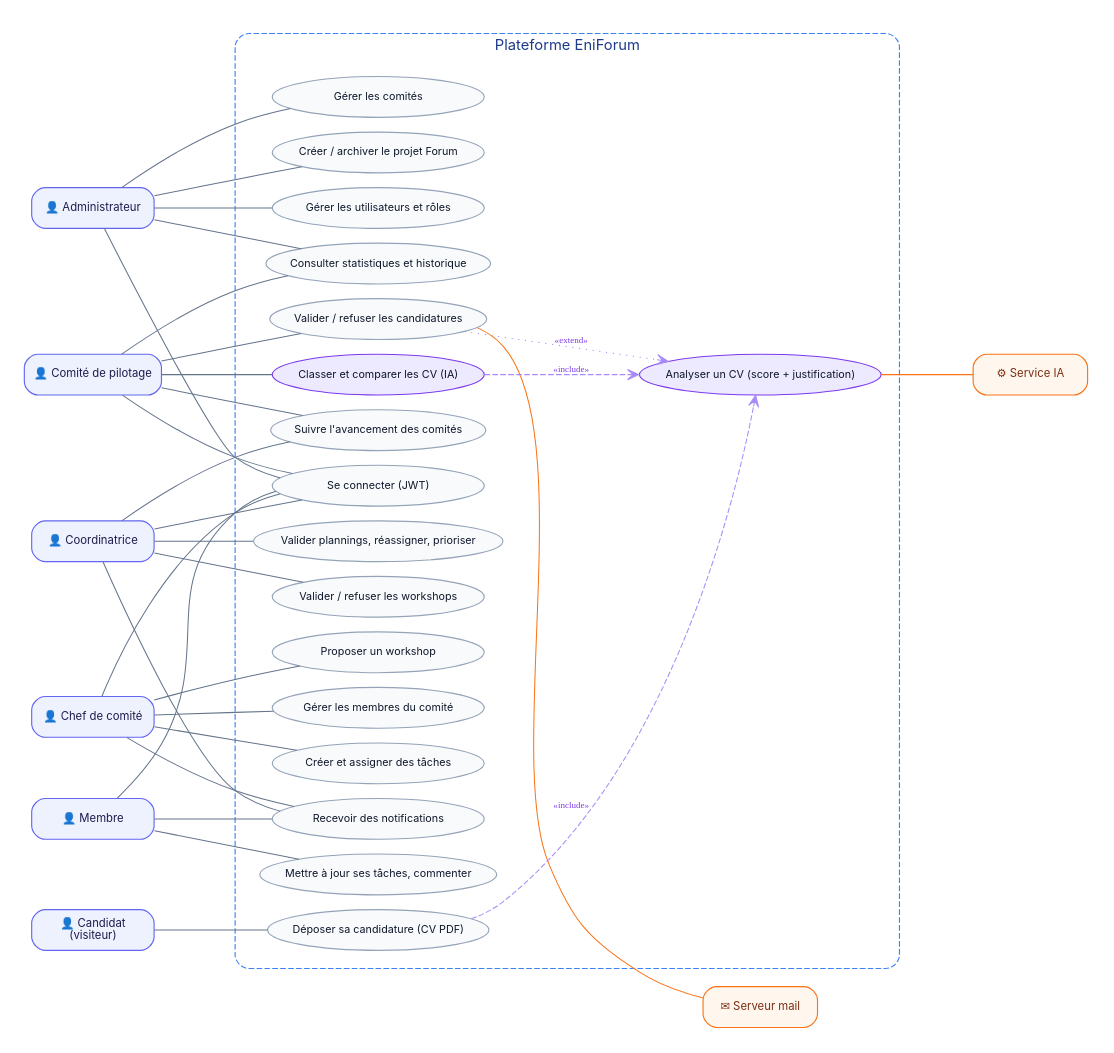
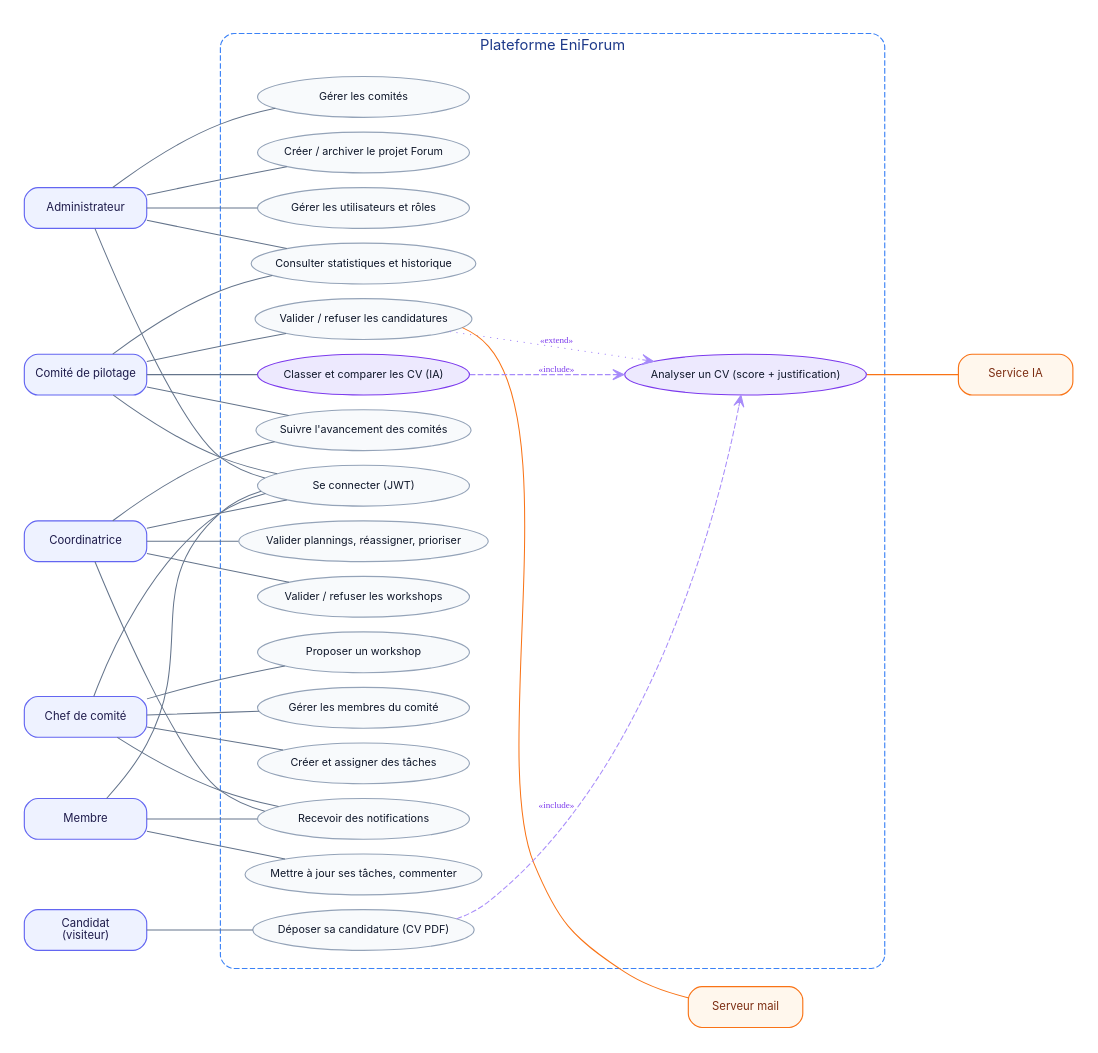
One commit to fatmaBouajla/eniforum changed the diagram in docs/diagrammes/sources/usecase.dot. Above: the diagram before and after it, drawn with Graphviz. The commit also changed 10 other files, not shown here.

```diff
--- a/docs/diagrammes/sources/usecase.dot
+++ b/docs/diagrammes/sources/usecase.dot
@@ -1,48 +1,48 @@
 digraph UC {
 graph [rankdir=LR, fontname="Inter", nodesep=0.18, ranksep=1.1, pad=0.2, newrank=true];
 node [fontname="Inter", fontsize=10];
 edge [color="#64748B", arrowhead=none, penwidth=0.9];
 
 node [shape=box, style="rounded,filled", fillcolor="#EEF2FF", color="#6366F1", fontcolor="#1E1B4B", width=1.5];
-Admin [label="👤 Administrateur"]; Pilotage [label="👤 Comité de pilotage"]; Coord [label="👤 Coordinatrice"];
-Chef [label="👤 Chef de comité"]; Membre [label="👤 Membre"]; Candidat [label="👤 Candidat\n(visiteur)"];
+Admin [label="Administrateur"]; Pilotage [label="Comité de pilotage"]; Coord [label="Coordinatrice"];
+Chef [label="Chef de comité"]; Membre [label="Membre"]; Candidat [label="Candidat\n(visiteur)"];
 
 subgraph cluster_sys {
   label="Plateforme EniForum"; fontsize=13; fontcolor="#1E3A8A"; style="rounded,dashed"; color="#3B82F6"; margin=16;
   node [shape=ellipse, style=filled, fillcolor="#F8FAFC", color="#94A3B8", fontcolor="#0F172A", width=2.6, fontsize=9.5];
   login [label="Se connecter (JWT)"];
   projet [label="Créer / archiver le projet Forum"];
   users [label="Gérer les utilisateurs et rôles"];
   comites [label="Gérer les comités"];
   stats [label="Consulter statistiques et historique"];
   suivi [label="Suivre l'avancement des comités"];
   cvs [label="Valider / refuser les candidatures"];
   ia [label="Classer et comparer les CV (IA)", fillcolor="#EDE9FE", color="#7C3AED"];
   analyse [label="Analyser un CV (score + justification)", fillcolor="#EDE9FE", color="#7C3AED"];
   planning [label="Valider plannings, réassigner, prioriser"];
   workshops [label="Valider / refuser les workshops"];
   proposer [label="Proposer un workshop"];
   membres [label="Gérer les membres du comité"];
   taches [label="Créer et assigner des tâches"];
   mesTaches [label="Mettre à jour ses tâches, commenter"];
   notifs [label="Recevoir des notifications"];
   depot [label="Déposer sa candidature (CV PDF)"];
 }
 
 node [shape=box, style="rounded,filled", fillcolor="#FFF7ED", color="#F97316", fontcolor="#7C2D12", width=1.4];
-IA [label="⚙ Service IA"]; Mail [label="✉ Serveur mail"];
+IA [label="Service IA"]; Mail [label="Serveur mail"];
 
 Admin -> {login projet users comites stats};
 Pilotage -> {login suivi cvs ia stats};
 Coord -> {login suivi planning workshops notifs};
 Chef -> {login membres taches proposer notifs};
 Membre -> {login mesTaches notifs};
 Candidat -> depot;
 
 edge [style=dashed, arrowhead=vee, fontsize=8, fontcolor="#7C3AED", color="#A78BFA"];
 ia -> analyse [label="«include»"];
 depot -> analyse [label="«include»"];
 cvs -> analyse [label="«extend»", style=dotted];
 analyse -> IA [arrowhead=none, color="#F97316", style=solid];
 cvs -> Mail [arrowhead=none, color="#F97316", style=solid];
 }
```
